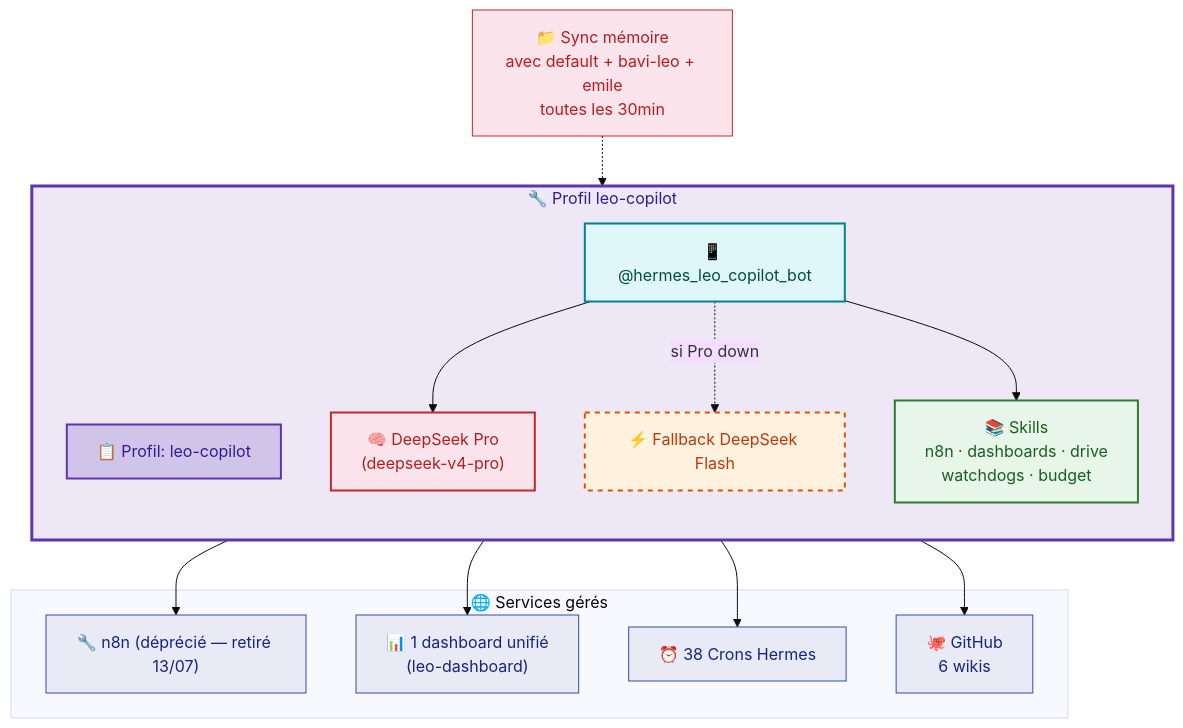
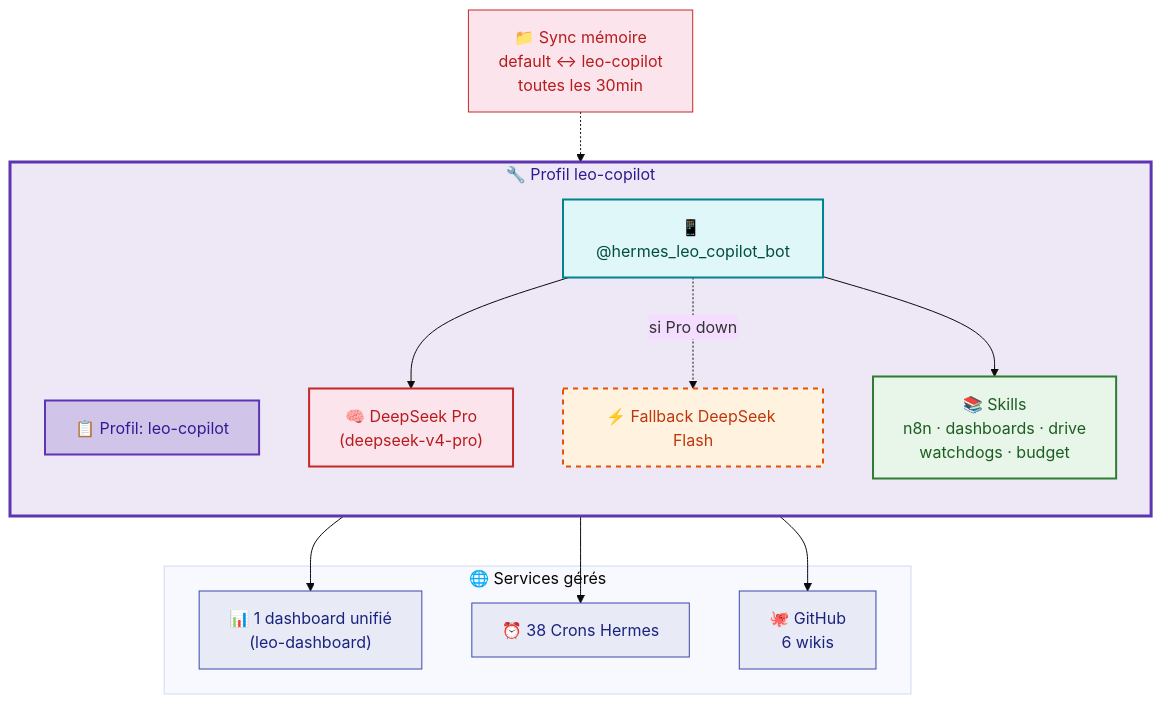
One commit to christophedanhier-hash/hermes-wiki changed the third of 5 diagrams in docs/hermes/architecture-communication.md. Above: the diagram before and after it, drawn with Mermaid (base theme). The commit also changed other lines of this file and 4 other files, not shown here.

````diff
--- a/docs/hermes/architecture-communication.md
+++ b/docs/hermes/architecture-communication.md
@@ -122,42 +122,39 @@
 ```mermaid
 flowchart TB
     subgraph COPILOT["🔧 Profil leo-copilot"]
         direction TB
         P1["📋 Profil: leo-copilot"]
         B1["📱 @hermes_leo_copilot_bot"]
         M1["🧠 DeepSeek Pro<br/>(deepseek-v4-pro)"]
         F1["⚡ Fallback DeepSeek Flash"]
         SKILLS["📚 Skills<br/>n8n · dashboards · drive<br/>watchdogs · budget"]
     end
 
     subgraph EXTERNE["🌐 Services gérés"]
-        N8N["🔧 n8n (déprécié — retiré 13/07)"]
         DASH["📊 1 dashboard unifié<br/>(leo-dashboard)"]
         CRONS["⏰ 38 Crons Hermes"]
         GH["🐙 GitHub<br/>6 wikis"]
     end
 
-    MEM["📁 Sync mémoire<br/>avec default + bavi-leo + emile<br/>toutes les 30min"]
+    MEM["📁 Sync mémoire<br/>default ↔ leo-copilot<br/>toutes les 30min"]
 
     B1 --> M1
     B1 -.->|"si Pro down"| F1
     B1 --> SKILLS
     MEM -.-> P1
 
-    SKILLS --> N8N
     SKILLS --> DASH
     SKILLS --> CRONS
     SKILLS --> GH
 
     style COPILOT fill:#ede7f6,stroke:#5e35b1,stroke-width:3px,color:#311b92
     style P1 fill:#d1c4e9,stroke:#5e35b1,stroke-width:2px,color:#311b92
     style B1 fill:#e0f7fa,stroke:#00838f,stroke-width:2px,color:#004d40
     style M1 fill:#fce4ec,stroke:#c62828,stroke-width:2px,color:#b71c1c
     style F1 fill:#fff3e0,stroke:#e65100,stroke-width:2px,stroke-dasharray:5,color:#bf360c
     style SKILLS fill:#e8f5e9,stroke:#2e7d32,stroke-width:2px,color:#1b5e20
     style MEM fill:#fce4ec,stroke:#c62828,color:#b71c1c
-    style N8N fill:#e8eaf6,stroke:#3949ab,color:#1a237e
     style DASH fill:#e8eaf6,stroke:#3949ab,color:#1a237e
     style CRONS fill:#e8eaf6,stroke:#3949ab,color:#1a237e
     style GH fill:#e8eaf6,stroke:#3949ab,color:#1a237e
 ```
````
